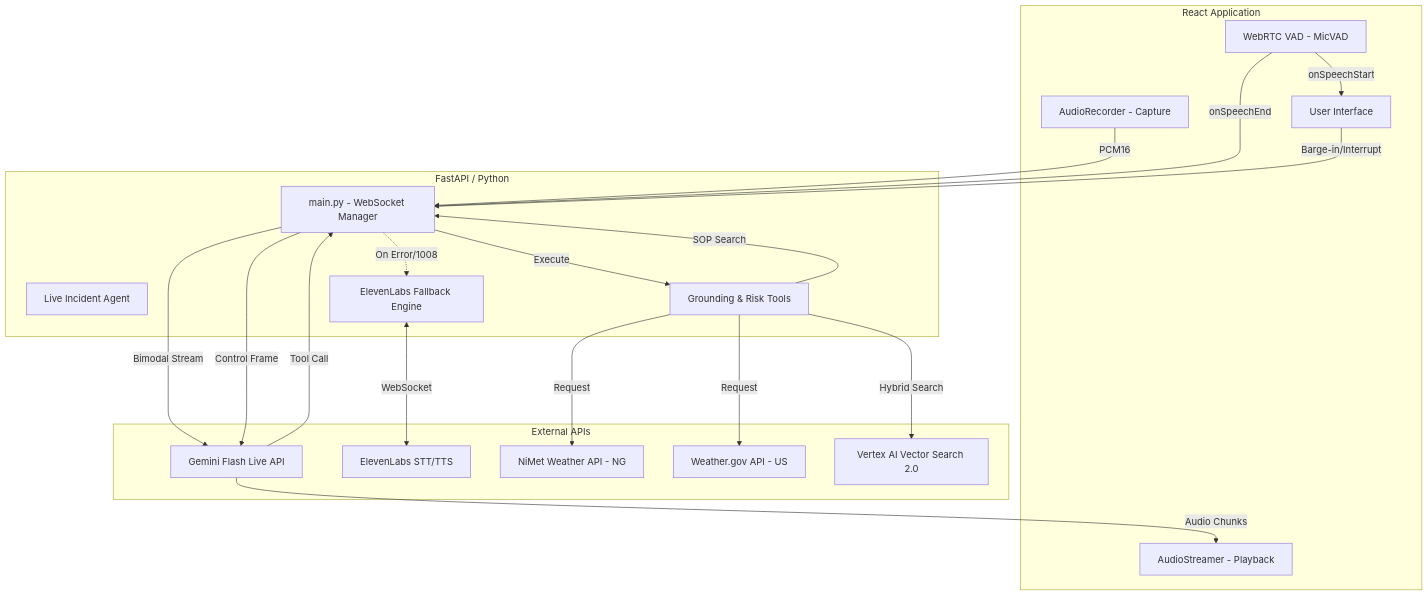
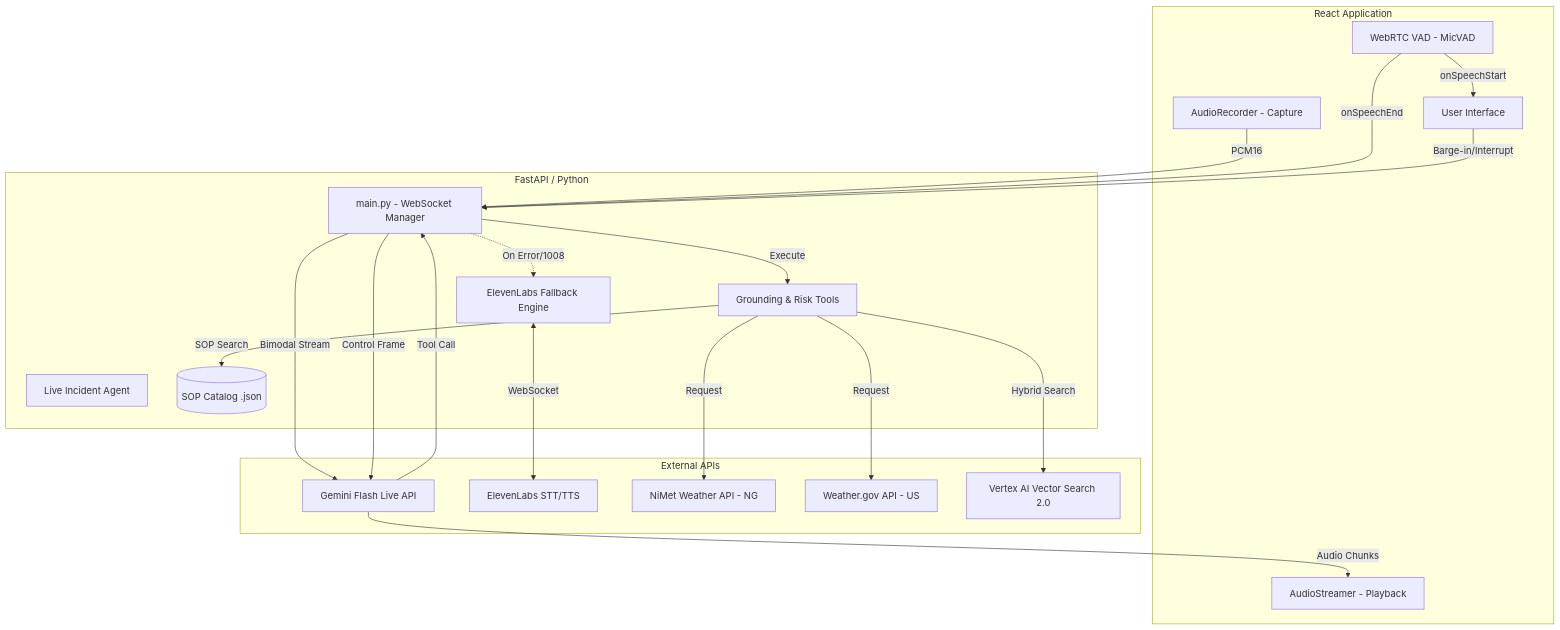
One commit to surfiniaburger/raven-live-agent changed the diagram in docs/architecture_overview.md. Above: the diagram before and after it, drawn with Mermaid. The commit also changed 7 other files, not shown here.

Commit message:
docs: address PR review feedback - update diagram, demo prompt, and GCP proof anchors

````diff
--- a/docs/architecture_overview.md
+++ b/docs/architecture_overview.md
@@ -5,47 +5,48 @@
 ```mermaid
 graph TD
     subgraph Frontend [React Application]
         UI[User Interface]
         AS[AudioStreamer - Playback]
         AR[AudioRecorder - Capture]
         VAD[WebRTC VAD - MicVAD]
     end
 
     subgraph Backend [FastAPI / Python]
         MAIN[main.py - WebSocket Manager]
         AGENT[Live Incident Agent]
         TOOLS[Grounding & Risk Tools]
         FALLBACK[ElevenLabs Fallback Engine]
+        SOP_CATALOG[(SOP Catalog .json)]
     end
 
     subgraph External [External APIs]
         GEMINI[Gemini Flash Live API]
         11LABS[ElevenLabs STT/TTS]
         NIMET[NiMet Weather API - NG]
         WEATHER[Weather.gov API - US]
         VSEARCH[Vertex AI Vector Search 2.0]
     end
 
     %% Audio Flows
     AR -->|PCM16| MAIN
     MAIN -->|Bimodal Stream| GEMINI
     GEMINI -->|Audio Chunks| AS
 
     %% Control Flows
     VAD -->|onSpeechStart| UI
     VAD -->|onSpeechEnd| MAIN
     UI -->|Barge-in/Interrupt| MAIN
     MAIN -->|Control Frame| GEMINI
 
     %% Tool/Grounding Flows
     GEMINI -->|Tool Call| MAIN
     MAIN -->|Execute| TOOLS
     TOOLS -->|Request| NIMET
     TOOLS -->|Request| WEATHER
-    TOOLS -->|SOP Search| MAIN
+    TOOLS -->|SOP Search| SOP_CATALOG
     TOOLS -->|Hybrid Search| VSEARCH
     
     %% Fallback Logic
     MAIN -.->|On Error/1008| FALLBACK
     FALLBACK <--->|WebSocket| 11LABS
 ```
````
